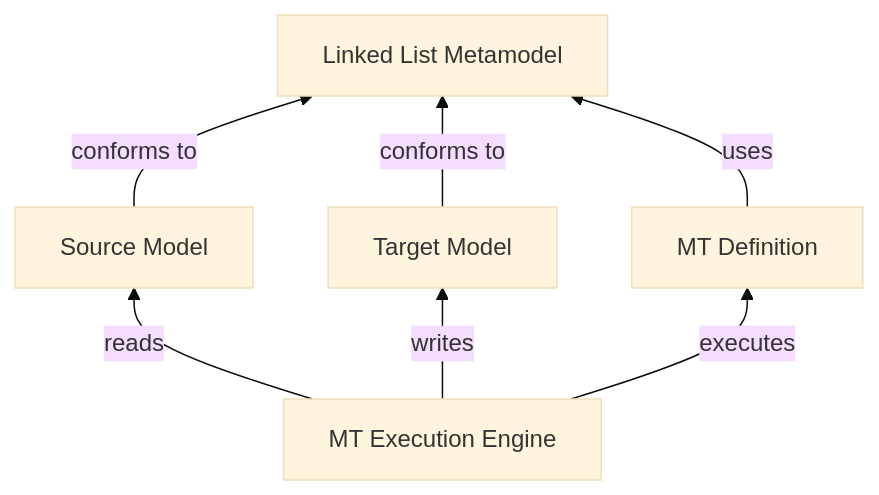
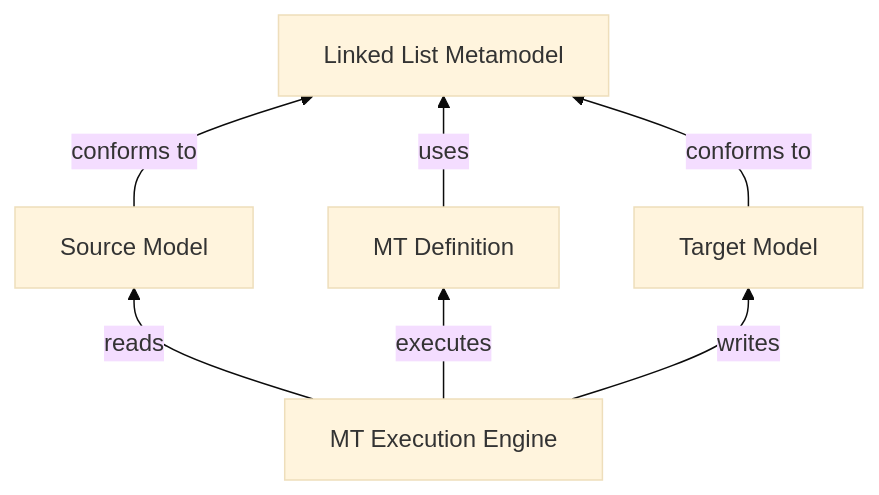
One commit to mde-docs/mde-docs.github.io changed the diagram in mde-docs-site/docs/examples/linked-list-reversal-example.md. Above: the diagram before and after it, drawn with Mermaid (base theme). The commit also changed other lines of this file and 4 other files, not shown here.

````diff
--- a/mde-docs-site/docs/examples/linked-list-reversal-example.md
+++ b/mde-docs-site/docs/examples/linked-list-reversal-example.md
@@ -30,9 +30,9 @@
   ``` mermaid
   graph BT
       B[Source Model] -->|conforms to| A[Linked List Metamodel];
       C[MT Execution Engine] -->|reads| B;
-      C -->|executes| D[MT Definition];
-      C -->|writes| E[Target Model];
-      E -->|conforms to| A;
-      D -->|uses| A;
+      C -->|writes| D[Target Model];
+      C -->|executes| E[MT Definition];
+      E -->|uses| A;
+      D -->|conforms to| A;
   ```
````
